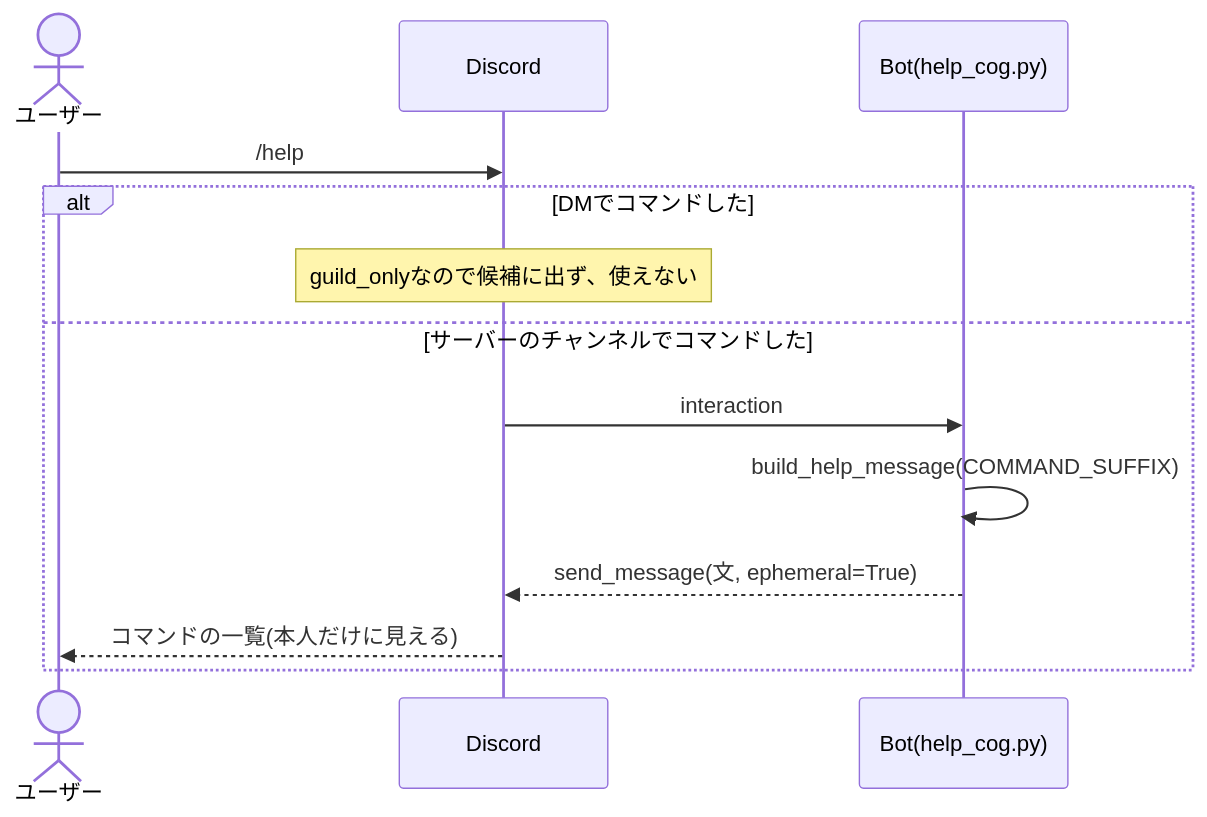
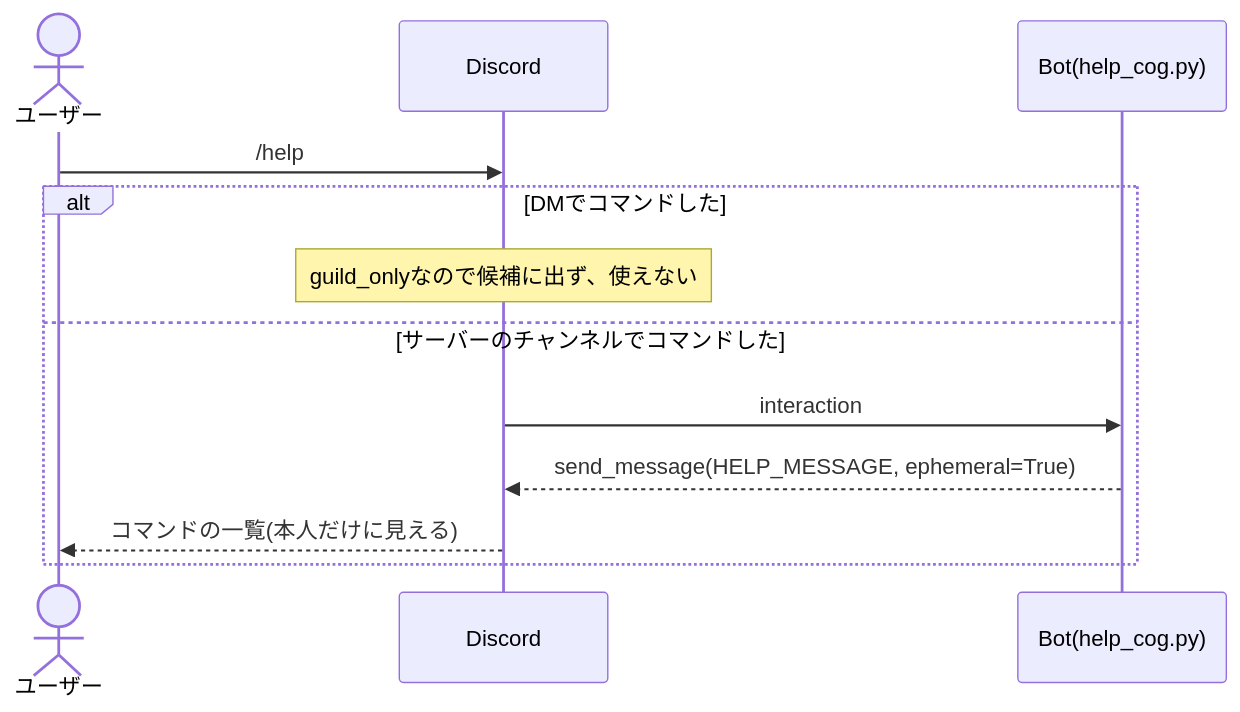
One commit to rabin0630/DiscordWorkLogger changed the first of 2 diagrams in docs/attendance_requirements_and_design/command_detailed_designs/help_detailed_design.md. Above: the diagram before and after it, drawn with Mermaid. The commit also changed other lines of this file and 6 other files, not shown here.

````diff
--- a/docs/attendance_requirements_and_design/command_detailed_designs/help_detailed_design.md
+++ b/docs/attendance_requirements_and_design/command_detailed_designs/help_detailed_design.md
@@ -38,16 +38,15 @@
 ```mermaid
 sequenceDiagram
     actor User as ユーザー
     participant Discord
     participant Bot as Bot(help_cog.py)
 
     User->>Discord: /help
     alt DMでコマンドした
         Note over Discord: guild_onlyなので候補に出ず、使えない
     else サーバーのチャンネルでコマンドした
         Discord->>Bot: interaction
-        Bot->>Bot: build_help_message(COMMAND_SUFFIX)
-        Bot-->>Discord: send_message(文, ephemeral=True)
+        Bot-->>Discord: send_message(HELP_MESSAGE, ephemeral=True)
         Discord-->>User: コマンドの一覧(本人だけに見える)
     end
 ```
````
